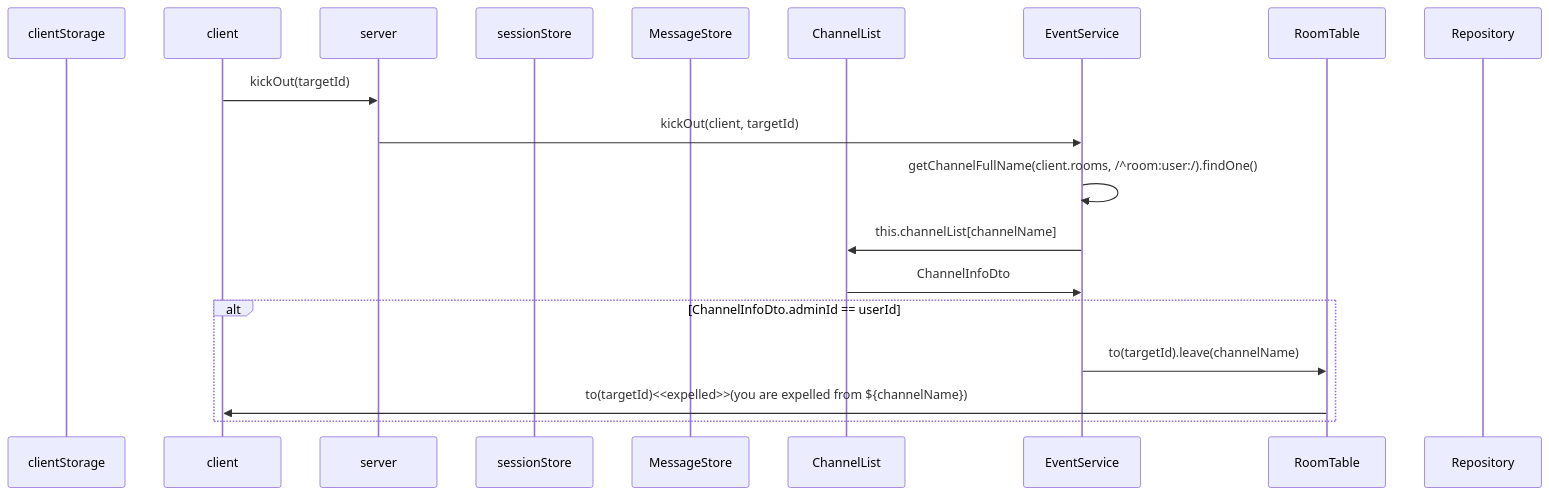
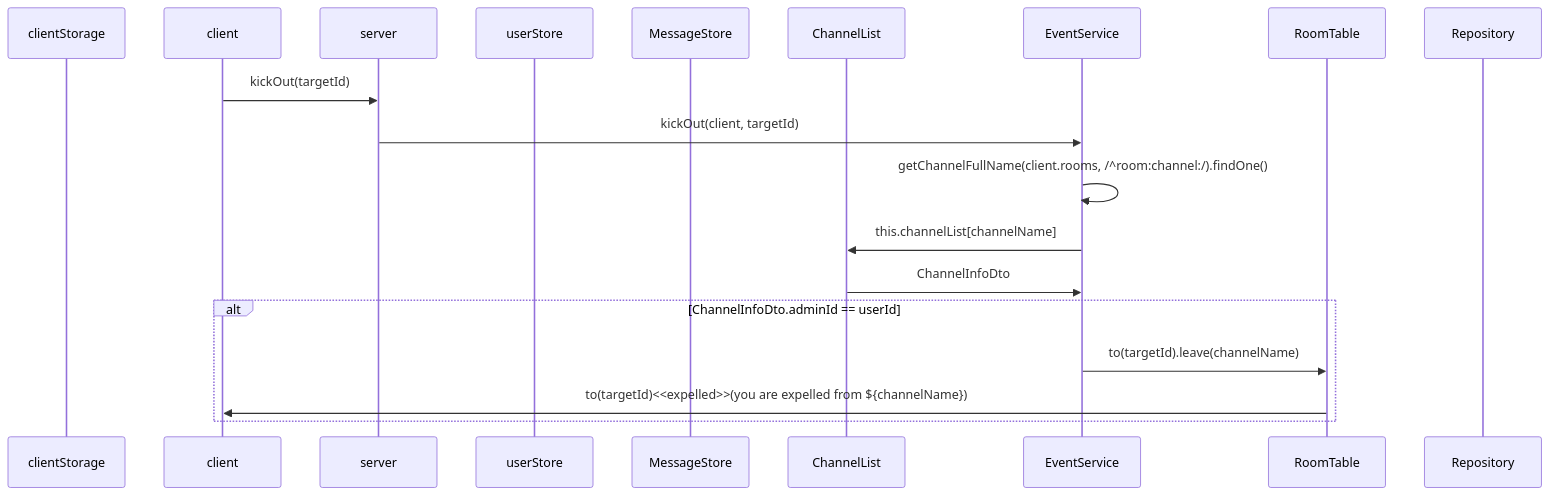
One commit to mtak0235/simmons_transcendence changed diagram 11 of 19 in backend/node/app/event.md. Above: the diagram before and after it, drawn with Mermaid. The commit also changed other lines of this file, not shown here.

````diff
--- a/backend/node/app/event.md
+++ b/backend/node/app/event.md
@@ -271,22 +291,22 @@
 ```mermaid
 sequenceDiagram
 participant cls as clientStorage
 participant c as client
 participant ga as server
-participant ss as sessionStore
+participant ss as userStore
 participant ms as MessageStore
 participant cns as ChannelList
 participant cs as EventService
 participant rt as RoomTable
 participant r as Repository
 
 c->>ga: kickOut(targetId)
 ga->>cs: kickOut(client, targetId)
-cs->>cs: getChannelFullName(client.rooms, /^room:user:/).findOne()
+cs->>cs: getChannelFullName(client.rooms, /^room:channel:/).findOne()
 cs->>cns: this.channelList[channelName]
 cns->>cs: ChannelInfoDto
 alt ChannelInfoDto.adminId == userId
 cs->>rt: to(targetId).leave(channelName)
 rt->>c: to(targetId)<<expelled>>(you are expelled from ${channelName})
 end
 ```
````
